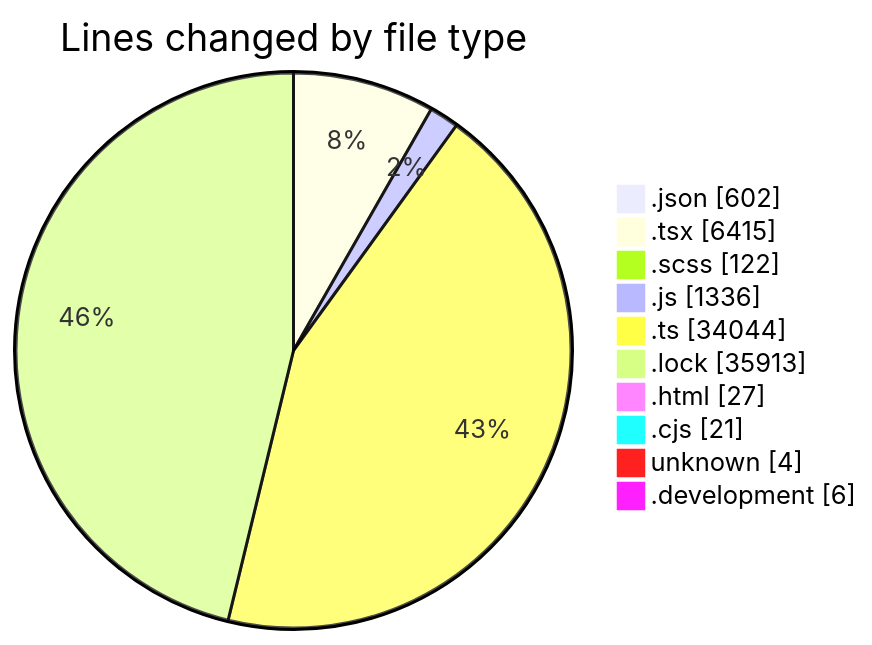
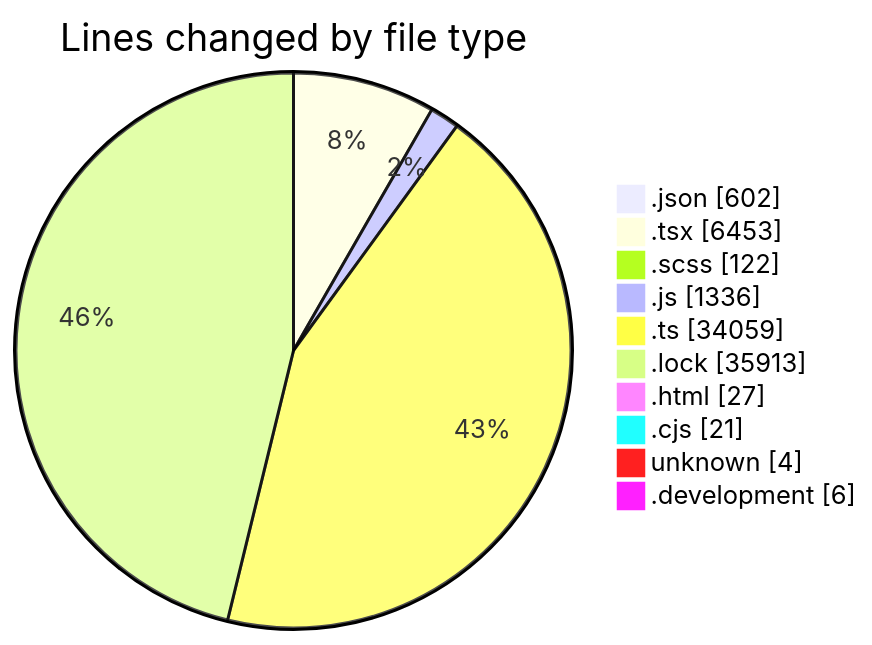
One commit to momahboobian/code-tracking changed the first of 2 diagrams in 2026-09-03/cda/README.md. Above: the diagram before and after it, drawn with Mermaid. The commit also changed other lines of this file and 1 other file, not shown here.

````diff
--- a/2026-09-03/cda/README.md
+++ b/2026-09-03/cda/README.md
@@ -81,14 +81,14 @@
 ```mermaid
 pie showData
 title Lines changed by file type
 ".json" : 602
-".tsx" : 6415
+".tsx" : 6453
 ".scss" : 122
 ".js" : 1336
-".ts" : 34044
+".ts" : 34059
 ".lock" : 35913
 ".html" : 27
 ".cjs" : 21
 "unknown" : 4
 ".development" : 6
 ```
````
